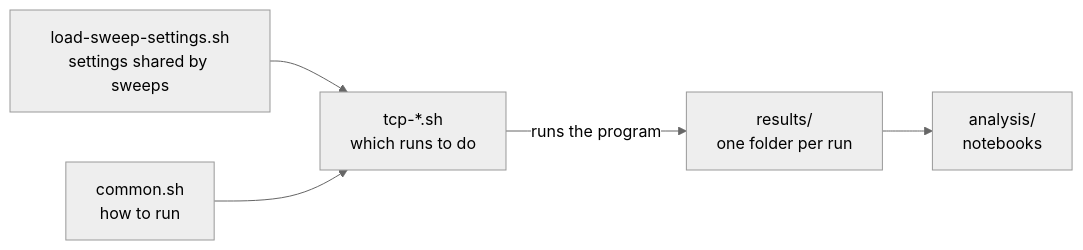
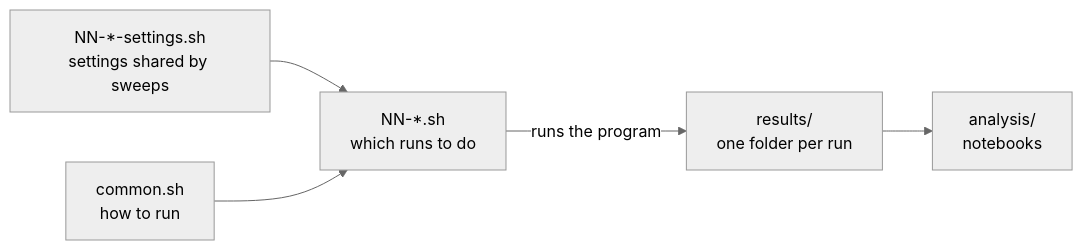
One commit to VincentNguyenDuc/spraypoint-flow-bypass changed the third of 3 diagrams in ARCHITECTURE.md. Above: the diagram before and after it, drawn with Mermaid (neutral theme). The commit also changed other lines of this file and 15 other files, not shown here.

````diff
--- a/ARCHITECTURE.md
+++ b/ARCHITECTURE.md
@@ -53,7 +53,7 @@
 ```mermaid
 flowchart LR
-    settings["load-sweep-settings.sh<br/>settings shared by sweeps"] --> script
+    settings["NN-*-settings.sh<br/>settings shared by sweeps"] --> script
     common["common.sh<br/>how to run"] --> script
-    script["tcp-*.sh<br/>which runs to do"] -->|"runs the program"| results["results/<br/>one folder per run"]
+    script["NN-*.sh<br/>which runs to do"] -->|"runs the program"| results["results/<br/>one folder per run"]
     results --> analysis["analysis/<br/>notebooks"]
 ```
````
